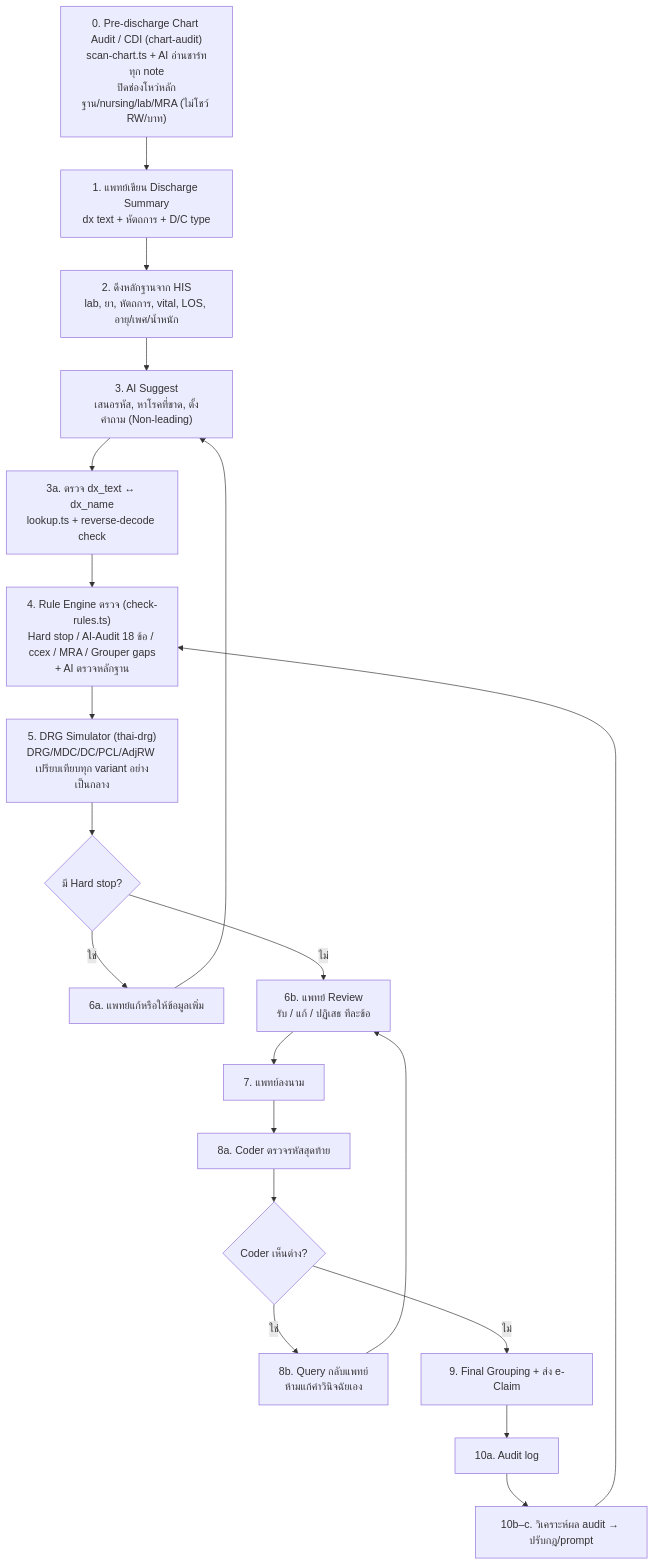
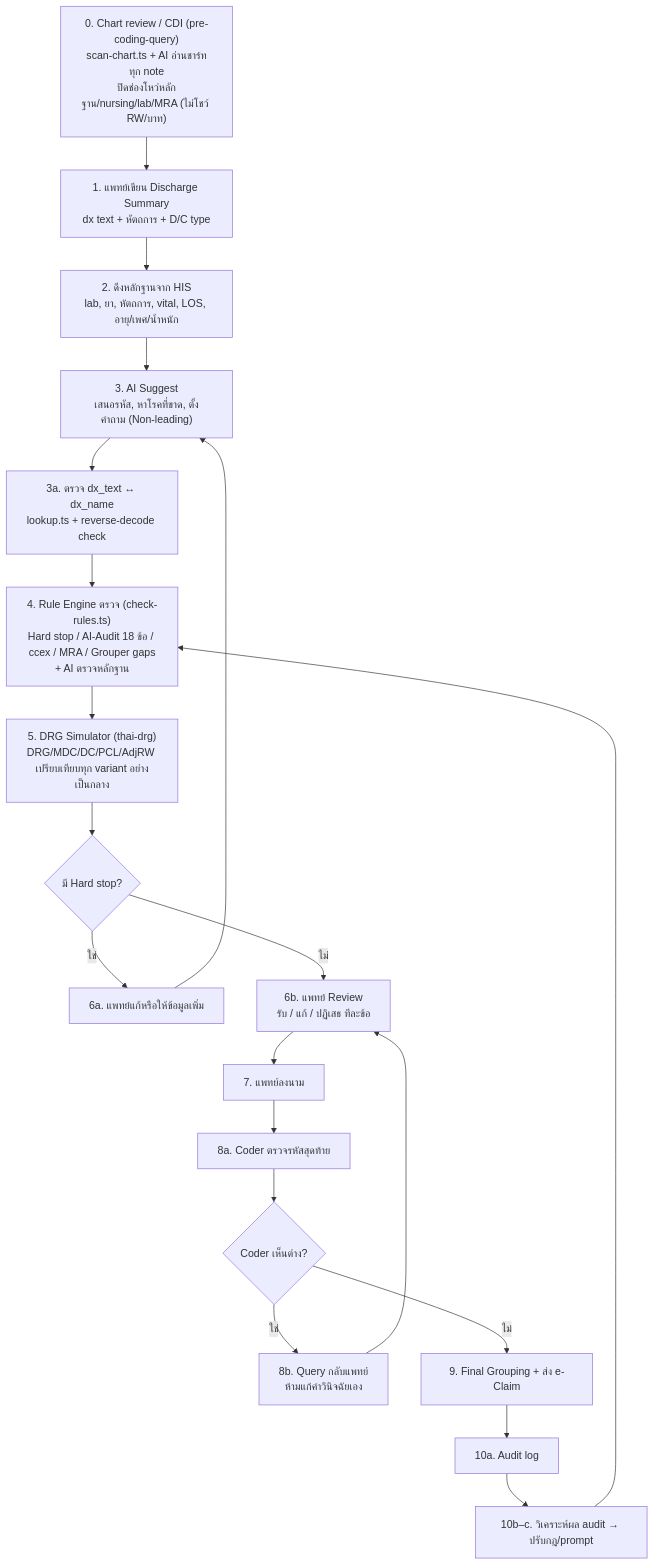
The diagram in docs/ai-discharge-summary-flow.md (tehnplk/drg), drawn with Mermaid before and after one commit. The commit also changed other lines of this file and 67 other files, not shown here.

First line of the commit message:
Three steps: Pre-coding + Query, Complete coding, DRG / AdjRW

````diff
--- a/docs/ai-discharge-summary-flow.md
+++ b/docs/ai-discharge-summary-flow.md
@@ -15,22 +16,22 @@
 ```mermaid
 flowchart TD
-  P0["0. Pre-discharge Chart Audit / CDI (chart-audit)<br/>scan-chart.ts + AI อ่านชาร์ททุก note<br/>ปิดช่องโหว่หลักฐาน/nursing/lab/MRA (ไม่โชว์ RW/บาท)"] --> A["1. แพทย์เขียน Discharge Summary<br/>dx text + หัตถการ + D/C type"]
+  P0["0. Chart review / CDI (pre-coding-query)<br/>scan-chart.ts + AI อ่านชาร์ททุก note<br/>ปิดช่องโหว่หลักฐาน/nursing/lab/MRA (ไม่โชว์ RW/บาท)"] --> A["1. แพทย์เขียน Discharge Summary<br/>dx text + หัตถการ + D/C type"]
   A --> B["2. ดึงหลักฐานจาก HIS<br/>lab, ยา, หัตถการ, vital, LOS, อายุ/เพศ/น้ำหนัก"]
   B --> C["3. AI Suggest<br/>เสนอรหัส, หาโรคที่ขาด, ตั้งคำถาม (Non-leading)"]
   C --> V["3a. ตรวจ dx_text ↔ dx_name<br/>lookup.ts + reverse-decode check"]
   V --> D["4. Rule Engine ตรวจ (check-rules.ts)<br/>Hard stop / AI-Audit 18 ข้อ / ccex / MRA / Grouper gaps<br/>+ AI ตรวจหลักฐาน"]
   D --> E["5. DRG Simulator (thai-drg)<br/>DRG/MDC/DC/PCL/AdjRW เปรียบเทียบทุก variant อย่างเป็นกลาง"]
   E --> F{"มี Hard stop?"}
   F -- ใช่ --> G["6a. แพทย์แก้หรือให้ข้อมูลเพิ่ม"]
   G --> C
   F -- ไม่ --> H["6b. แพทย์ Review<br/>รับ / แก้ / ปฏิเสธ ทีละข้อ"]
   H --> I["7. แพทย์ลงนาม"]
   I --> J["8a. Coder ตรวจรหัสสุดท้าย"]
   J --> K{"Coder เห็นต่าง?"}
   K -- ใช่ --> L["8b. Query กลับแพทย์<br/>ห้ามแก้คำวินิจฉัยเอง"]
   L --> H
   K -- ไม่ --> M["9. Final Grouping + ส่ง e-Claim"]
   M --> N["10a. Audit log"]
   N --> O["10b–c. วิเคราะห์ผล audit → ปรับกฎ/prompt"]
   O --> D
 ```
````
